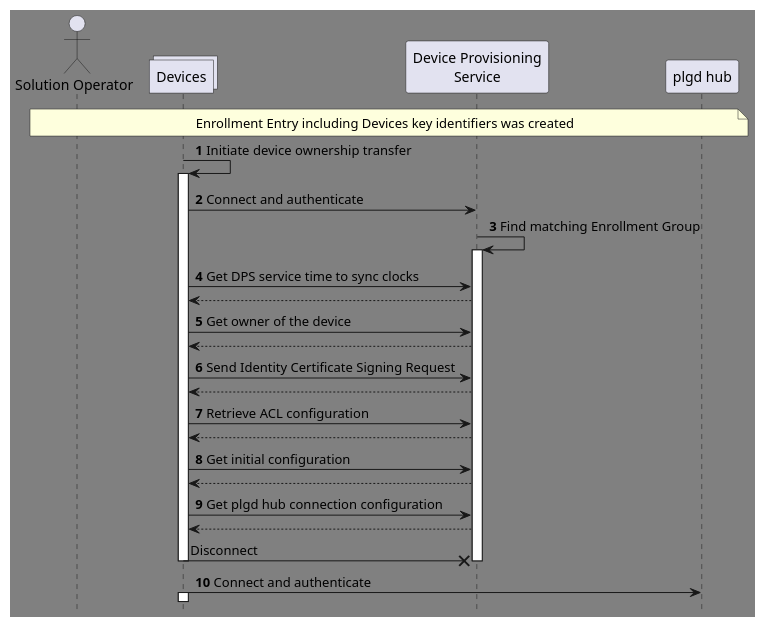
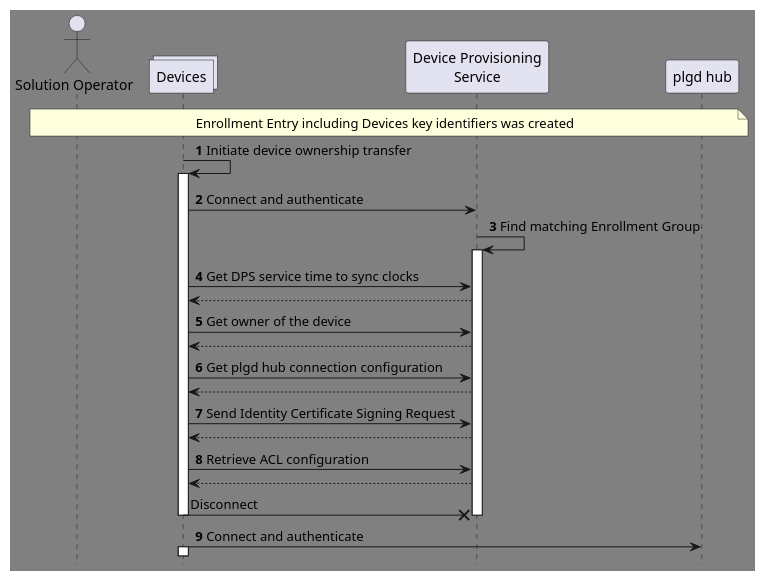
One commit to plgd-dev/doc changed the diagram in content/en/docs/services/device-provisioning-service/device-provisioning-service.md. Above: the diagram before and after it, drawn with PlantUML. The commit also changed other lines of this file and 4 other files, not shown here.

```diff
--- a/content/en/docs/services/device-provisioning-service/device-provisioning-service.md
+++ b/content/en/docs/services/device-provisioning-service/device-provisioning-service.md
@@ -52,39 +52,37 @@
 {{< plantuml id="dps-overview" >}}
 @startuml
 skinparam backgroundColor grey
 hide footbox
 
 actor "Solution Operator" as op
 collections "Devices" as d
 participant "Device Provisioning\nService" as dps
 participant "plgd hub" as hub
 
 note over op, hub
 Enrollment Entry including Devices key identifiers was created
 end note
 d -> d: **1** Initiate device ownership transfer
 activate d
 d -> dps: **2** Connect and authenticate
 dps -> dps: **3** Find matching Enrollment Group
 activate dps
 d -> dps: **4** Get DPS service time to sync clocks
 dps --> d
 d -> dps: **5** Get owner of the device
 dps --> d
-d -> dps: **6** Send Identity Certificate Signing Request
+d -> dps: **6** Get plgd hub connection configuration
 dps --> d
-d -> dps: **7** Retrieve ACL configuration
+d -> dps: **7** Send Identity Certificate Signing Request
 dps --> d
-d -> dps: **8** Get initial configuration
-dps --> d
-d -> dps: **9** Get plgd hub connection configuration
+d -> dps: **8** Retrieve ACL configuration
 dps --> d
 d ->x dps: Disconnect
 deactivate dps
 deactivate d
-d -> hub: **10** Connect and authenticate
+d -> hub: **9** Connect and authenticate
 activate d
 
 @enduml
 
 {{< /plantuml >}}
```
